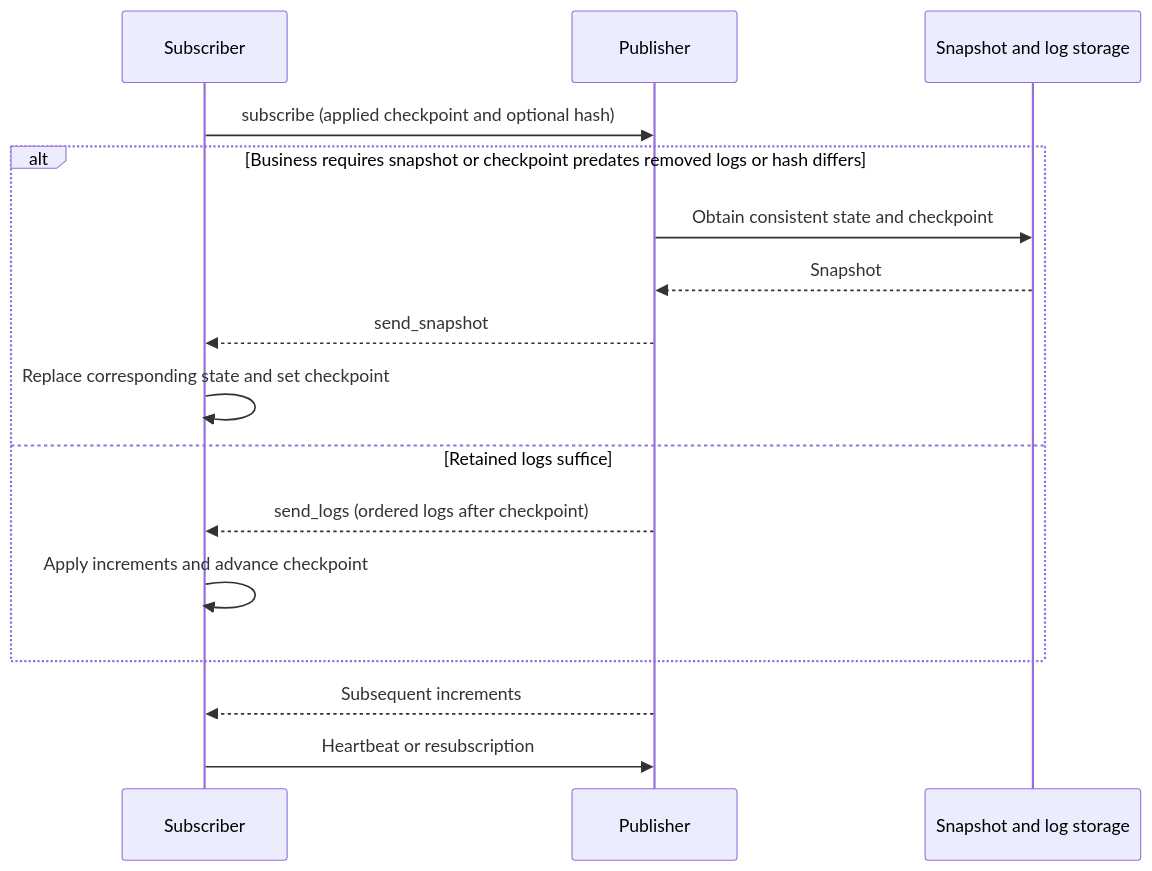
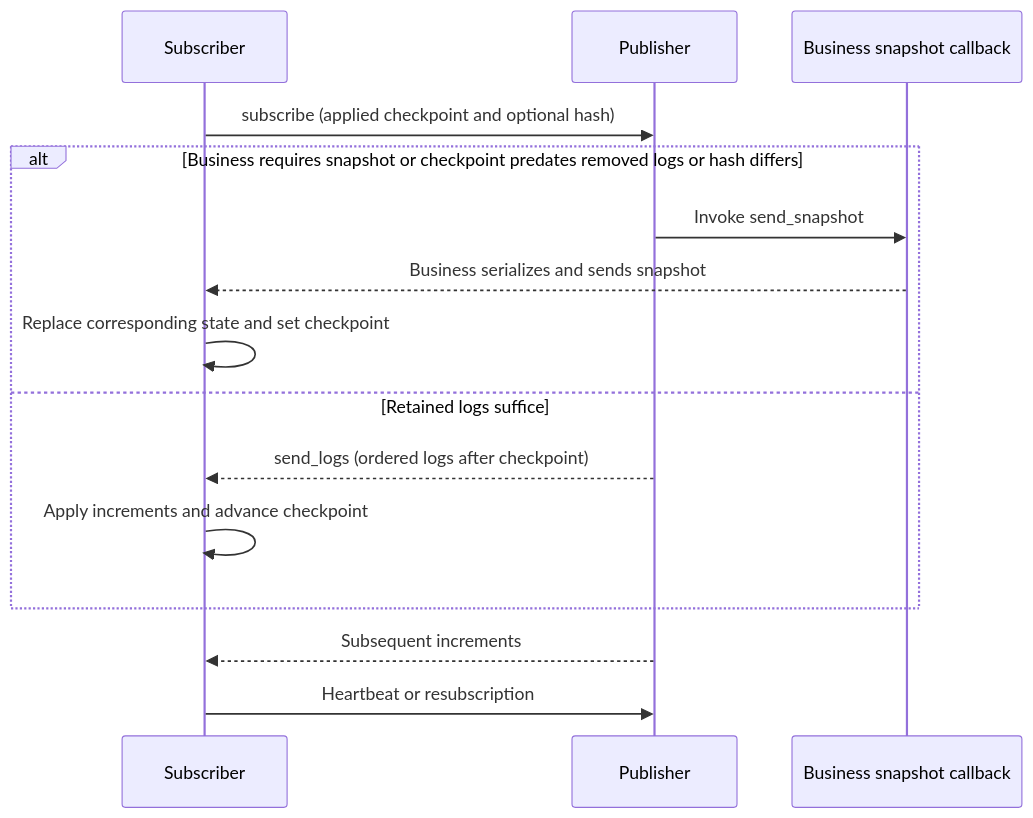
One commit to atframework/atsf4g-co changed the diagram in doc/i18n/en/docusaurus-plugin-content-docs/current/whitepaper/wal-replication.md. Above: the diagram before and after it, drawn with Mermaid. The commit also changed other lines of this file and 45 other files, not shown here.

````diff
--- a/doc/i18n/en/docusaurus-plugin-content-docs/current/whitepaper/wal-replication.md
+++ b/doc/i18n/en/docusaurus-plugin-content-docs/current/whitepaper/wal-replication.md
@@ -40,18 +40,17 @@
 ```mermaid
 sequenceDiagram
     participant C as Subscriber
     participant P as Publisher
-    participant B as Snapshot and log storage
+    participant B as Business snapshot callback
     C->>P: subscribe (applied checkpoint and optional hash)
     alt Business requires snapshot or checkpoint predates removed logs or hash differs
-        P->>B: Obtain consistent state and checkpoint
-        B-->>P: Snapshot
-        P-->>C: send_snapshot
+        P->>B: Invoke send_snapshot
+        B-->>C: Business serializes and sends snapshot
         C->>C: Replace corresponding state and set checkpoint
     else Retained logs suffice
         P-->>C: send_logs (ordered logs after checkpoint)
         C->>C: Apply increments and advance checkpoint
     end
     P-->>C: Subsequent increments
     C->>P: Heartbeat or resubscription
 ```
````
